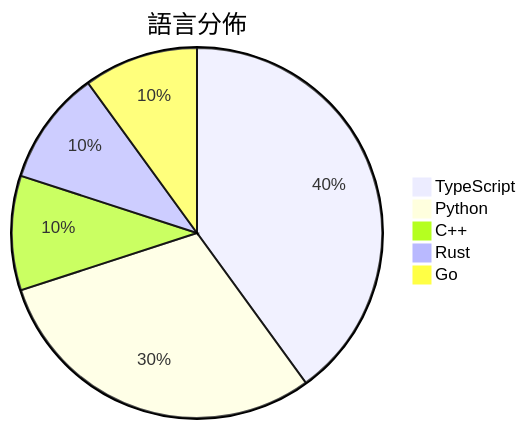
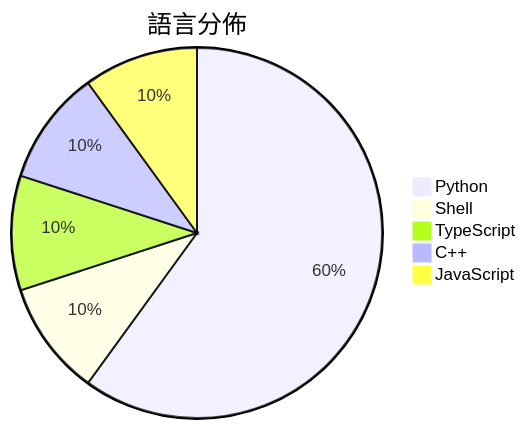
Before and after one commit to Lucasnocodo/github-trending-obsidian: the diagram in Daily/2026-03-11.md, drawn with Mermaid. The commit also changed other lines of this file and 14 other files, not shown here.

````diff
--- a/Daily/2026-03-11.md
+++ b/Daily/2026-03-11.md
@@ -20,8 +20,8 @@
 ```mermaid
 pie title 語言分佈
-    "TypeScript" : 4
-    "Python" : 3
+    "Python" : 6
+    "Shell" : 1
+    "TypeScript" : 1
     "C++" : 1
-    "Rust" : 1
-    "Go" : 1
+    "JavaScript" : 1
 ```
````
